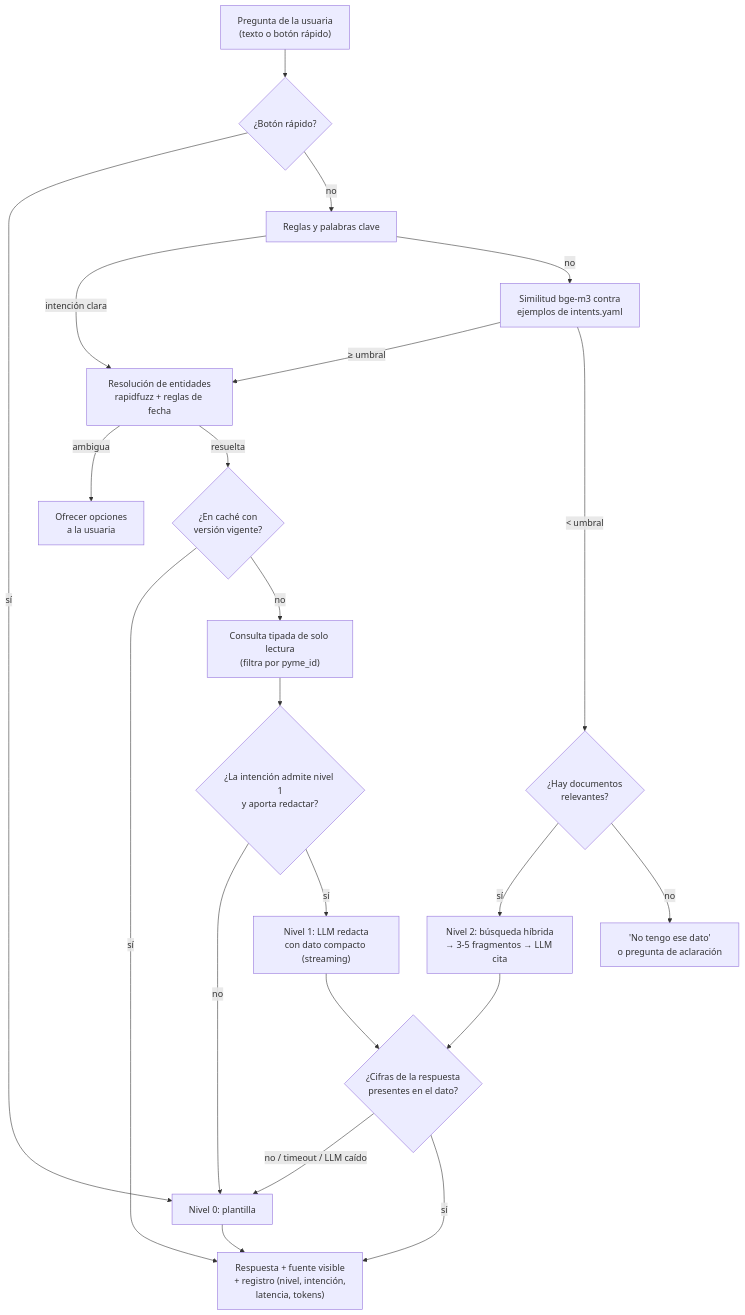
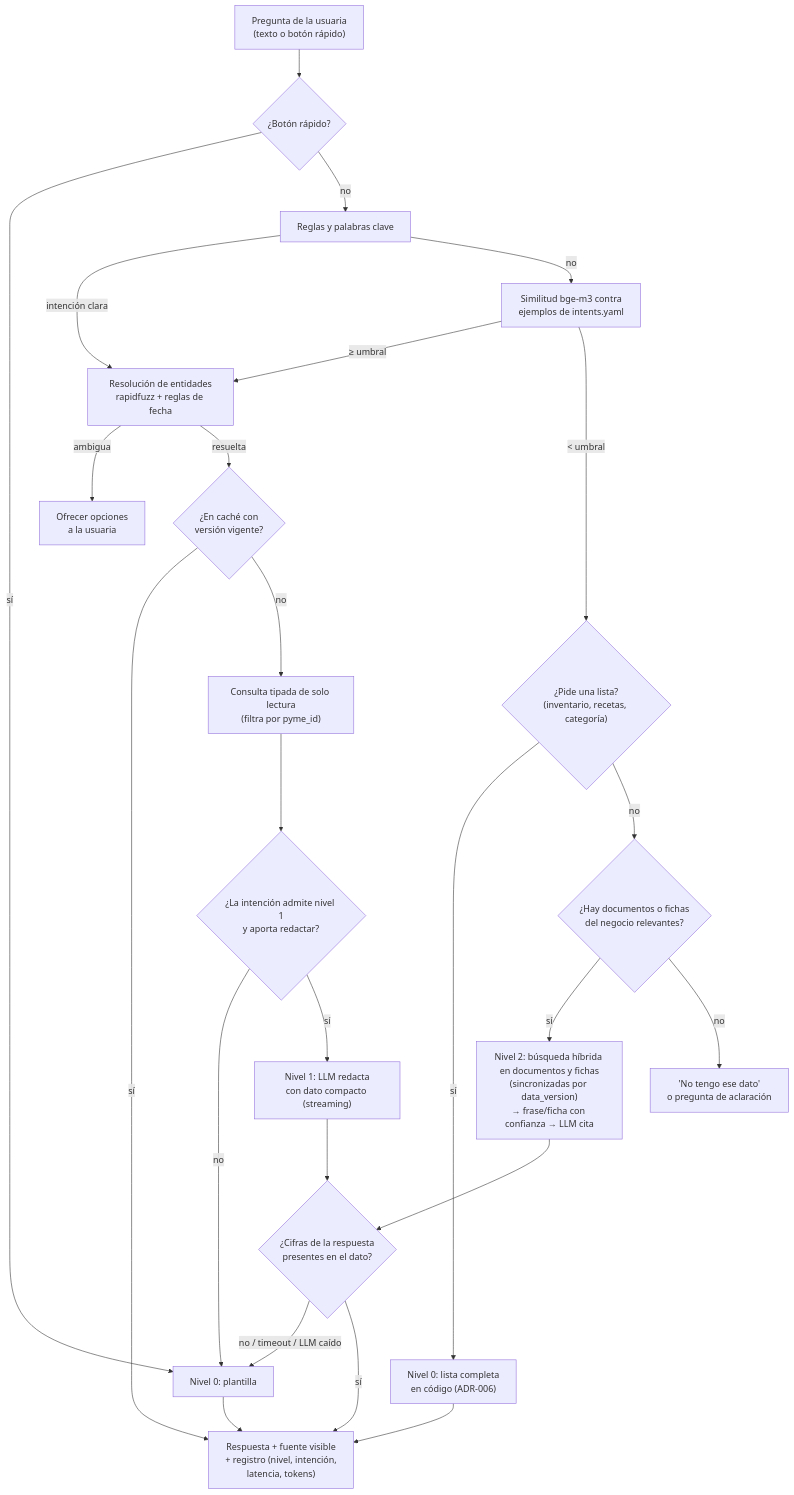
One commit to Alerrsi/IA-Caterin changed the second of 3 diagrams in docs/ARCHITECTURE.md. Above: the diagram before and after it, drawn with Mermaid. The commit also changed 27 other files, not shown here.

First line of the commit message:
feat(assistant): RAG sobre fichas del negocio y listas en código [T10]

````diff
--- a/docs/ARCHITECTURE.md
+++ b/docs/ARCHITECTURE.md
@@ -102,24 +102,27 @@
 ```mermaid
 flowchart TD
     Q["Pregunta de la usuaria<br/>(texto o botón rápido)"] --> B{"¿Botón rápido?"}
     B -->|sí| L0
     B -->|no| R1["Reglas y palabras clave"]
     R1 -->|intención clara| ENT
     R1 -->|no| R2["Similitud bge-m3 contra<br/>ejemplos de intents.yaml"]
     R2 -->|"≥ umbral"| ENT["Resolución de entidades<br/>rapidfuzz + reglas de fecha"]
-    R2 -->|"< umbral"| DOC{"¿Hay documentos<br/>relevantes?"}
+    R2 -->|"< umbral"| LST{"¿Pide una lista?<br/>(inventario, recetas, categoría)"}
+    LST -->|sí| LS0["Nivel 0: lista completa<br/>en código (ADR-006)"]
+    LS0 --> OUT
+    LST -->|no| DOC{"¿Hay documentos o fichas<br/>del negocio relevantes?"}
     ENT -->|ambigua| ASK["Ofrecer opciones<br/>a la usuaria"]
     ENT -->|resuelta| C{"¿En caché con<br/>versión vigente?"}
     C -->|sí| OUT
     C -->|no| QRY["Consulta tipada de solo lectura<br/>(filtra por pyme_id)"]
     QRY --> LVL{"¿La intención admite nivel 1<br/>y aporta redactar?"}
     LVL -->|no| L0["Nivel 0: plantilla"]
     LVL -->|sí| L1["Nivel 1: LLM redacta<br/>con dato compacto (streaming)"]
-    DOC -->|sí| L2["Nivel 2: búsqueda híbrida<br/>→ 3-5 fragmentos → LLM cita"]
+    DOC -->|sí| L2["Nivel 2: búsqueda híbrida en documentos y fichas<br/>(sincronizadas por data_version)<br/>→ frase/ficha con confianza → LLM cita"]
     DOC -->|no| NOSE["'No tengo ese dato'<br/>o pregunta de aclaración"]
     L1 --> V{"¿Cifras de la respuesta<br/>presentes en el dato?"}
     L2 --> V
     V -->|no / timeout / LLM caído| L0
     V -->|sí| OUT["Respuesta + fuente visible<br/>+ registro (nivel, intención,<br/>latencia, tokens)"]
     L0 --> OUT
 ```
````
